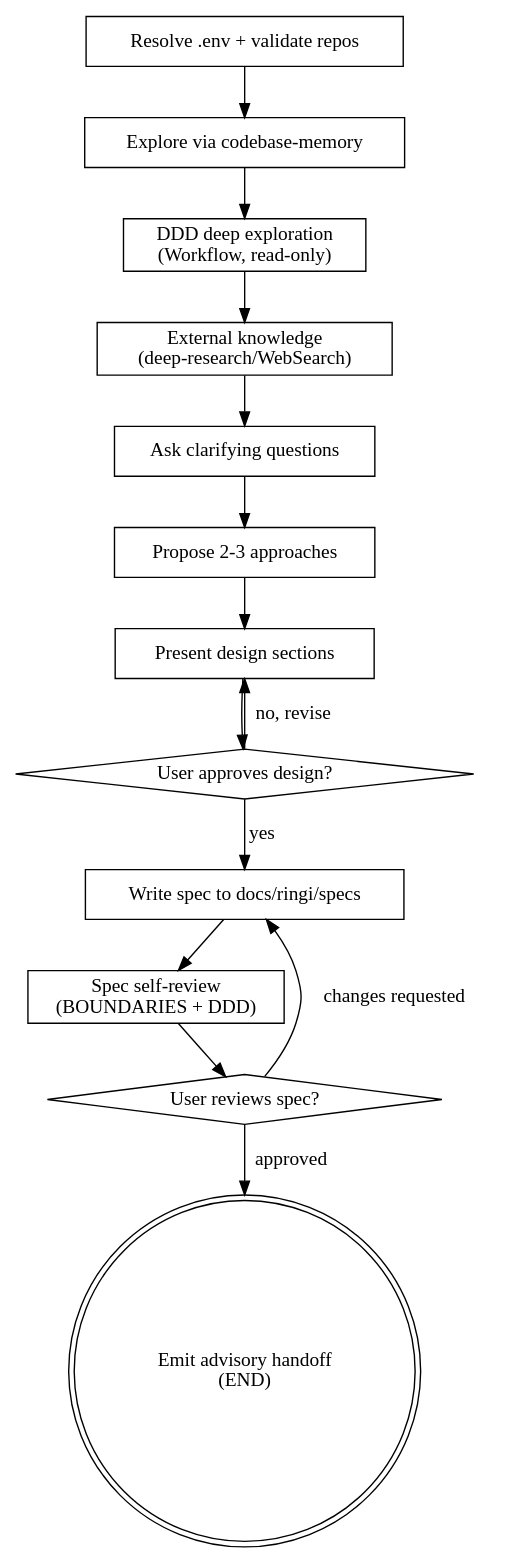
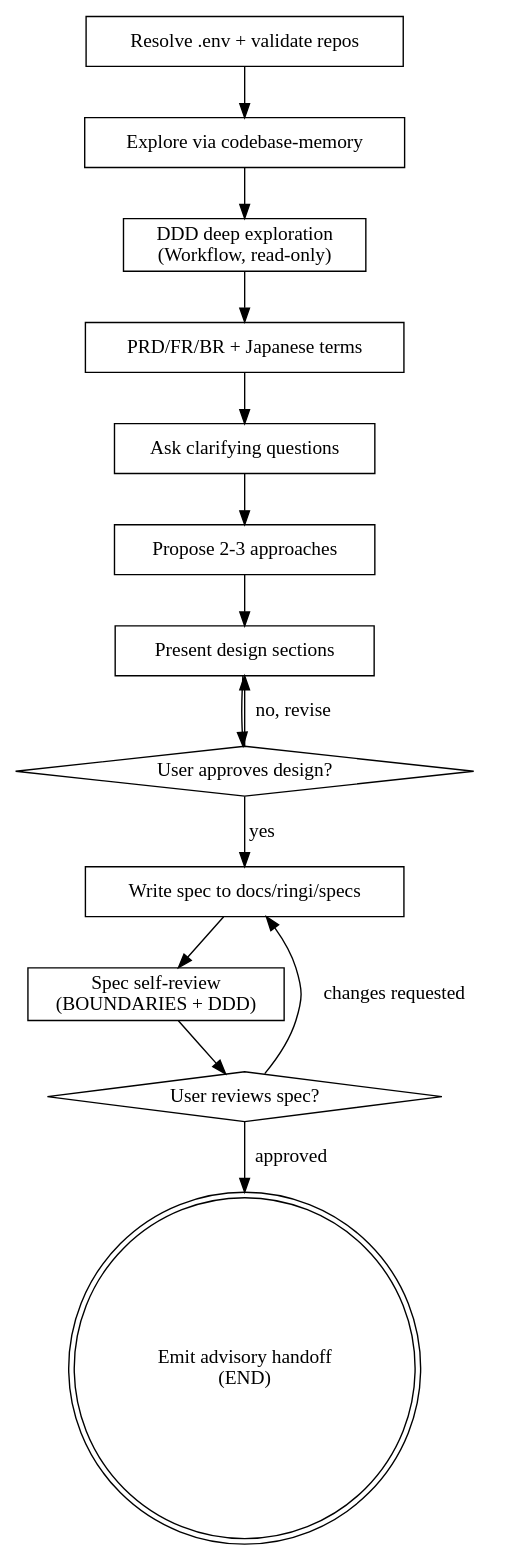
One commit to neuthos/ldx-monorepo changed the diagram in .claude/skills/brainstorming/SKILL.md. Above: the diagram before and after it, drawn with Graphviz. The commit also changed other lines of this file and 2 other files, not shown here.

First line of the commit message:
feat(brainstorming): drop deep-research, add FR/BR + Japanese term preservation

````diff
--- a/.claude/skills/brainstorming/SKILL.md
+++ b/.claude/skills/brainstorming/SKILL.md
@@ -73,30 +73,30 @@
 ```dot
 digraph brainstorming {
     "Resolve .env + validate repos" [shape=box];
     "Explore via codebase-memory" [shape=box];
     "DDD deep exploration\n(Workflow, read-only)" [shape=box];
-    "External knowledge\n(deep-research/WebSearch)" [shape=box];
+    "PRD/FR/BR + Japanese terms" [shape=box];
     "Ask clarifying questions" [shape=box];
     "Propose 2-3 approaches" [shape=box];
     "Present design sections" [shape=box];
     "User approves design?" [shape=diamond];
     "Write spec to docs/ringi/specs" [shape=box];
     "Spec self-review\n(BOUNDARIES + DDD)" [shape=box];
     "User reviews spec?" [shape=diamond];
     "Emit advisory handoff\n(END)" [shape=doublecircle];
 
     "Resolve .env + validate repos" -> "Explore via codebase-memory";
     "Explore via codebase-memory" -> "DDD deep exploration\n(Workflow, read-only)";
-    "DDD deep exploration\n(Workflow, read-only)" -> "External knowledge\n(deep-research/WebSearch)";
-    "External knowledge\n(deep-research/WebSearch)" -> "Ask clarifying questions";
+    "DDD deep exploration\n(Workflow, read-only)" -> "PRD/FR/BR + Japanese terms";
+    "PRD/FR/BR + Japanese terms" -> "Ask clarifying questions";
     "Ask clarifying questions" -> "Propose 2-3 approaches";
     "Propose 2-3 approaches" -> "Present design sections";
     "Present design sections" -> "User approves design?";
     "User approves design?" -> "Present design sections" [label="no, revise"];
     "User approves design?" -> "Write spec to docs/ringi/specs" [label="yes"];
     "Write spec to docs/ringi/specs" -> "Spec self-review\n(BOUNDARIES + DDD)";
     "Spec self-review\n(BOUNDARIES + DDD)" -> "User reviews spec?";
     "User reviews spec?" -> "Write spec to docs/ringi/specs" [label="changes requested"];
     "User reviews spec?" -> "Emit advisory handoff\n(END)" [label="approved"];
 }
 ```
````
